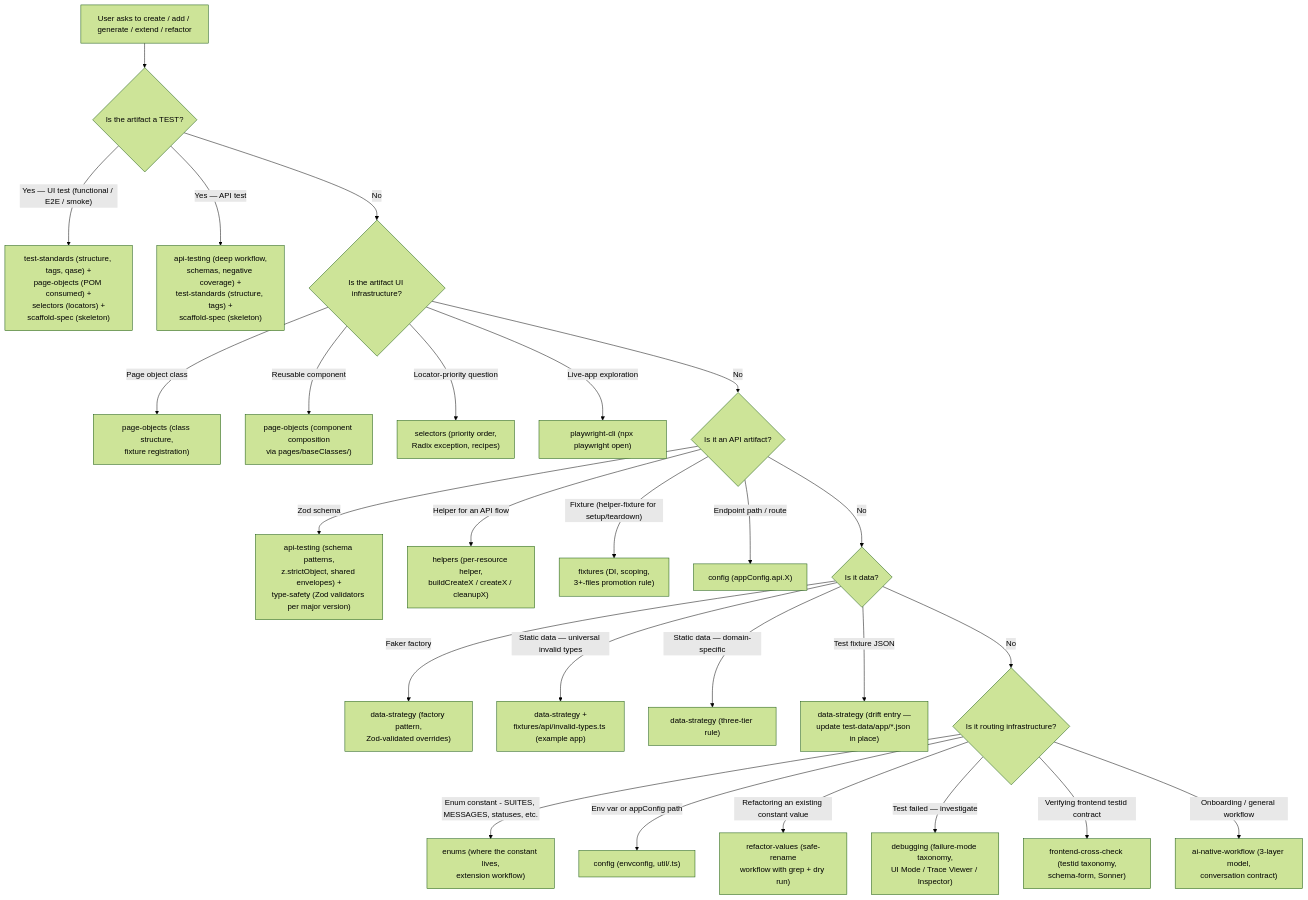
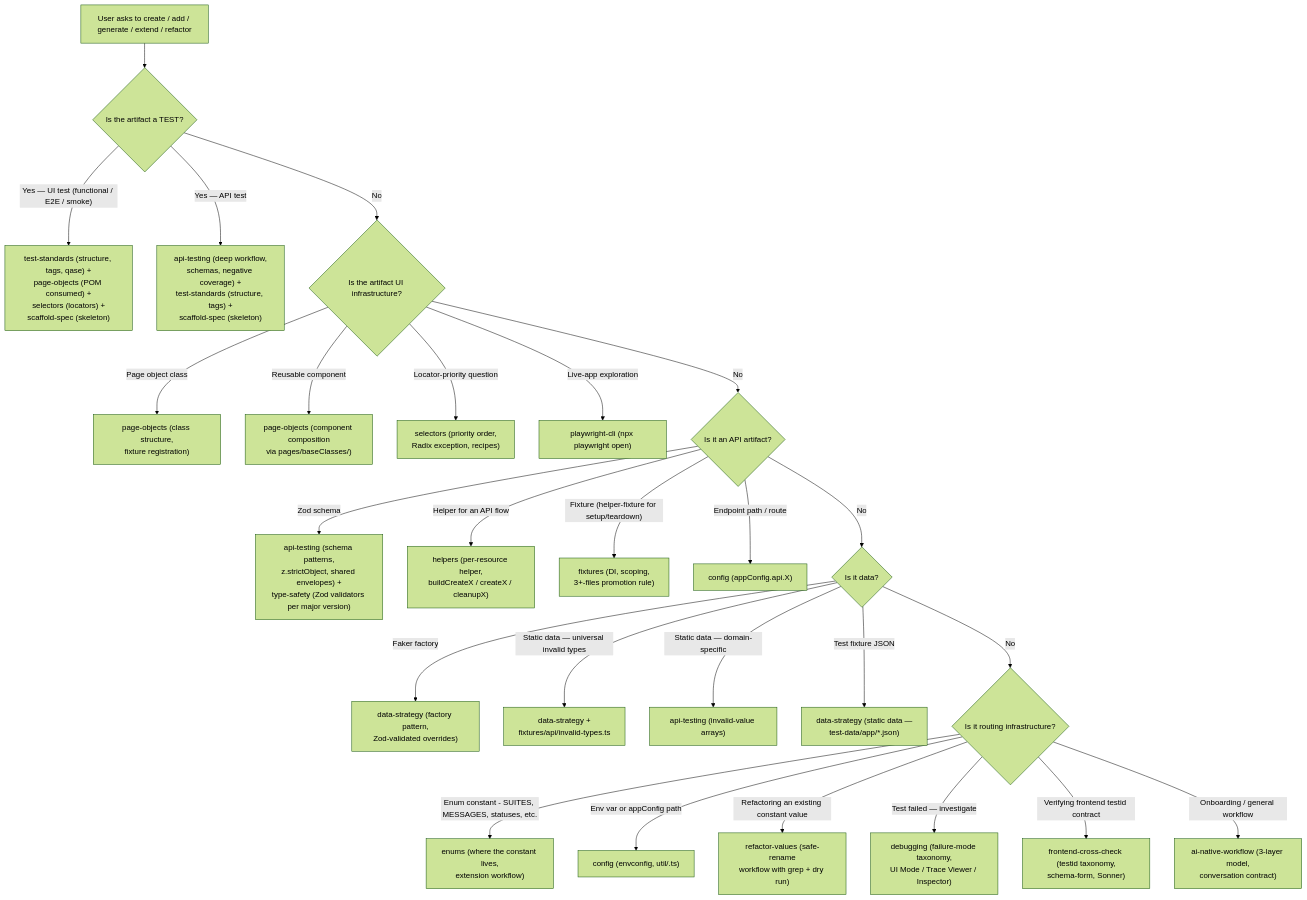
Before and after one commit to georgikazandzhiev-code/ai-native-qa-toolkit: the diagram in .claude/skills/common-tasks/SKILL.md, drawn with Mermaid (forest theme). The commit also changed other lines of this file and 26 other files, not shown here.

````diff
--- a/.claude/skills/common-tasks/SKILL.md
+++ b/.claude/skills/common-tasks/SKILL.md
@@ -43,32 +43,32 @@
 ```mermaid
 flowchart TD
     Start[User asks to create / add / generate / extend / refactor] --> Q1{Is the artifact a TEST?}
     Q1 -->|"Yes — UI test (functional / E2E / smoke)"| UITest["test-standards (structure, tags, qase) +<br/>page-objects (POM consumed) +<br/>selectors (locators) +<br/>scaffold-spec (skeleton)"]
     Q1 -->|"Yes — API test"| APITest["api-testing (deep workflow,<br/>schemas, negative coverage) +<br/>test-standards (structure, tags) +<br/>scaffold-spec (skeleton)"]
     Q1 -->|"No"| Q2{Is the artifact UI infrastructure?}
 
     Q2 -->|"Page object class"| POM["page-objects (class structure,<br/>fixture registration)"]
     Q2 -->|"Reusable component"| BaseClass["page-objects (component composition<br/>via pages/baseClasses/)"]
     Q2 -->|"Locator-priority question"| Selectors["selectors (priority order,<br/>Radix exception, recipes)"]
     Q2 -->|"Live-app exploration"| Explore["playwright-cli (npx playwright open)"]
     Q2 -->|"No"| Q3{Is it an API artifact?}
 
     Q3 -->|"Zod schema"| Schema["api-testing (schema patterns,<br/>z.strictObject, shared envelopes) +<br/>type-safety (Zod validators per major version)"]
     Q3 -->|"Helper for an API flow"| Helper["helpers (per-resource helper,<br/>buildCreateX / createX / cleanupX)"]
     Q3 -->|"Fixture (helper-fixture for setup/teardown)"| Fixture["fixtures (DI, scoping,<br/>3+-files promotion rule)"]
     Q3 -->|"Endpoint path / route"| Config["config (appConfig.api.X)"]
     Q3 -->|"No"| Q4{Is it data?}
 
     Q4 -->|"Faker factory"| Factory["data-strategy (factory pattern,<br/>Zod-validated overrides)"]
-    Q4 -->|"Static data — universal invalid types"| Universal["data-strategy +<br/>fixtures/api/invalid-types.ts (example app)"]
-    Q4 -->|"Static data — domain-specific"| Domain["data-strategy (three-tier rule)"]
-    Q4 -->|"Test fixture JSON"| LegacyJson["data-strategy (drift entry —<br/>update test-data/app/*.json in place)"]
+    Q4 -->|"Static data — universal invalid types"| Universal["data-strategy +<br/>fixtures/api/invalid-types.ts"]
+    Q4 -->|"Static data — domain-specific"| Domain["api-testing (invalid-value arrays)"]
+    Q4 -->|"Test fixture JSON"| LegacyJson["data-strategy (static data —<br/>test-data/app/*.json)"]
     Q4 -->|"No"| Q5{Is it routing infrastructure?}
 
     Q5 -->|"Enum constant - SUITES, MESSAGES, statuses, etc."| Enums["enums (where the constant lives,<br/>extension workflow)"]
     Q5 -->|"Env var or appConfig path"| ConfigSkill["config (envconfig, util/<service>.ts)"]
     Q5 -->|"Refactoring an existing constant value"| Refactor["refactor-values (safe-rename<br/>workflow with grep + dry run)"]
     Q5 -->|"Test failed — investigate"| Debug["debugging (failure-mode taxonomy,<br/>UI Mode / Trace Viewer / Inspector)"]
     Q5 -->|"Verifying frontend testid contract"| FECheck["frontend-cross-check (testid taxonomy,<br/>schema-form, Sonner)"]
     Q5 -->|"Onboarding / general workflow"| Onboard["ai-native-workflow (3-layer model,<br/>conversation contract)"]
 ```
````
